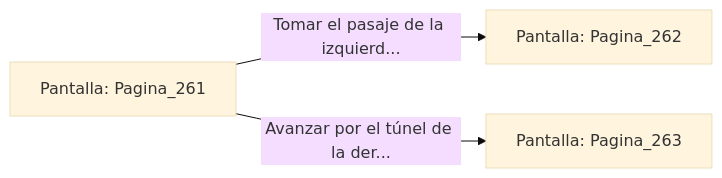
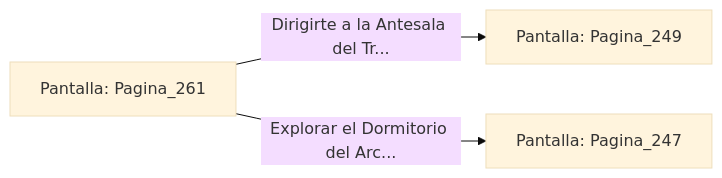
The diagram in sample/eligejuego-vault/Pantalla_Pagina_261.md (metsuke/mpl), drawn with Mermaid (base theme) before and after one commit. The commit also changed other lines of this file and 635 other files, not shown here.

First line of the commit message:
fix: añadir Pagina_1 como pantalla inicial en capitulo_01.mpl

````diff
--- a/sample/eligejuego-vault/Pantalla_Pagina_261.md
+++ b/sample/eligejuego-vault/Pantalla_Pagina_261.md
@@ -20,6 +24,6 @@
 ```mermaid
 graph LR
     P_Pagina_261["Pantalla: Pagina_261"]
-    P_Pagina_261 -->|"Tomar el pasaje de la izquierd..."| P_Pagina_262["Pantalla: Pagina_262"]
-    P_Pagina_261 -->|"Avanzar por el túnel de la der..."| P_Pagina_263["Pantalla: Pagina_263"]
+    P_Pagina_261 -->|"Dirigirte a la Antesala del Tr..."| P_Pagina_249["Pantalla: Pagina_249"]
+    P_Pagina_261 -->|"Explorar el Dormitorio del Arc..."| P_Pagina_247["Pantalla: Pagina_247"]
 ```
````
